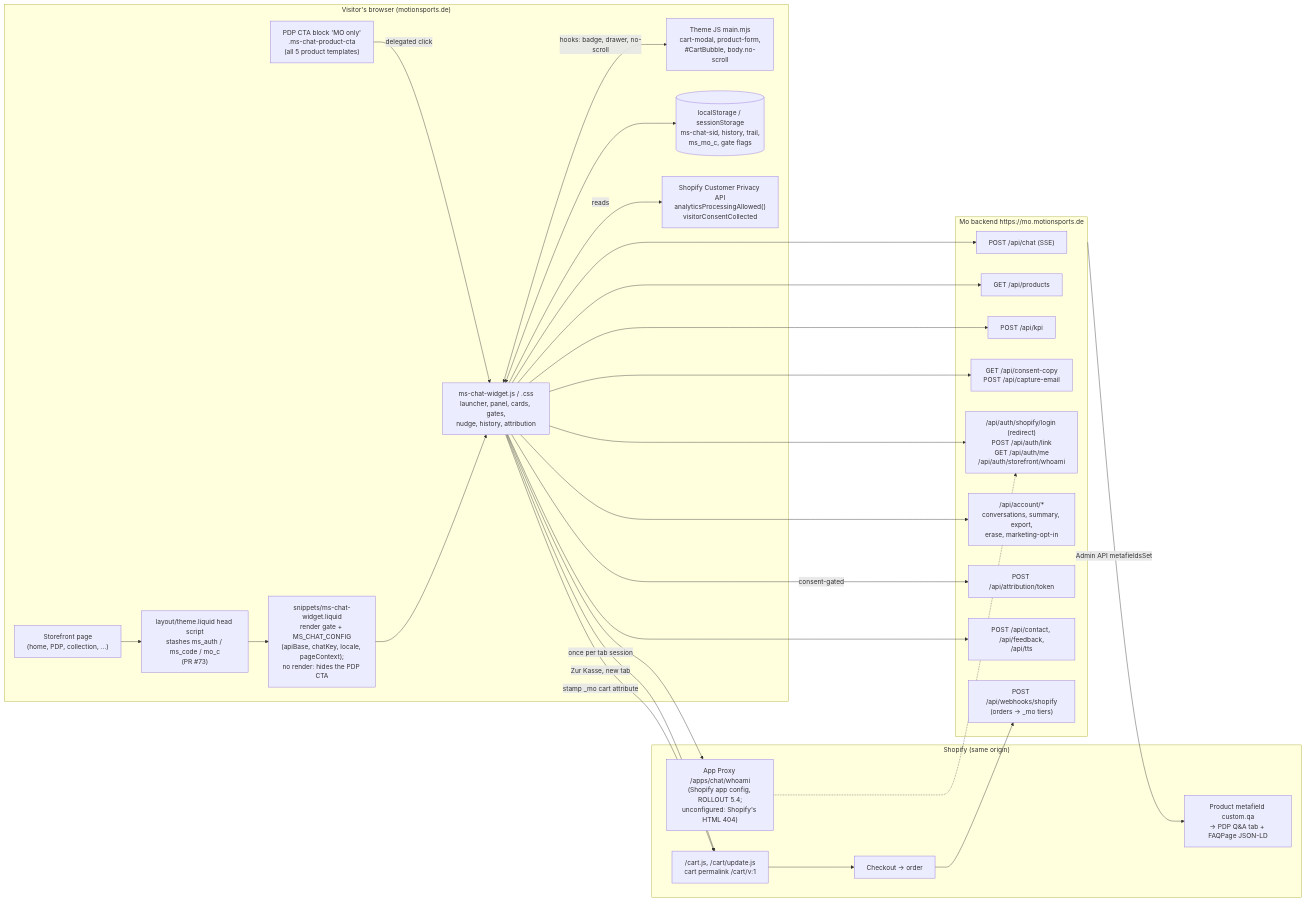
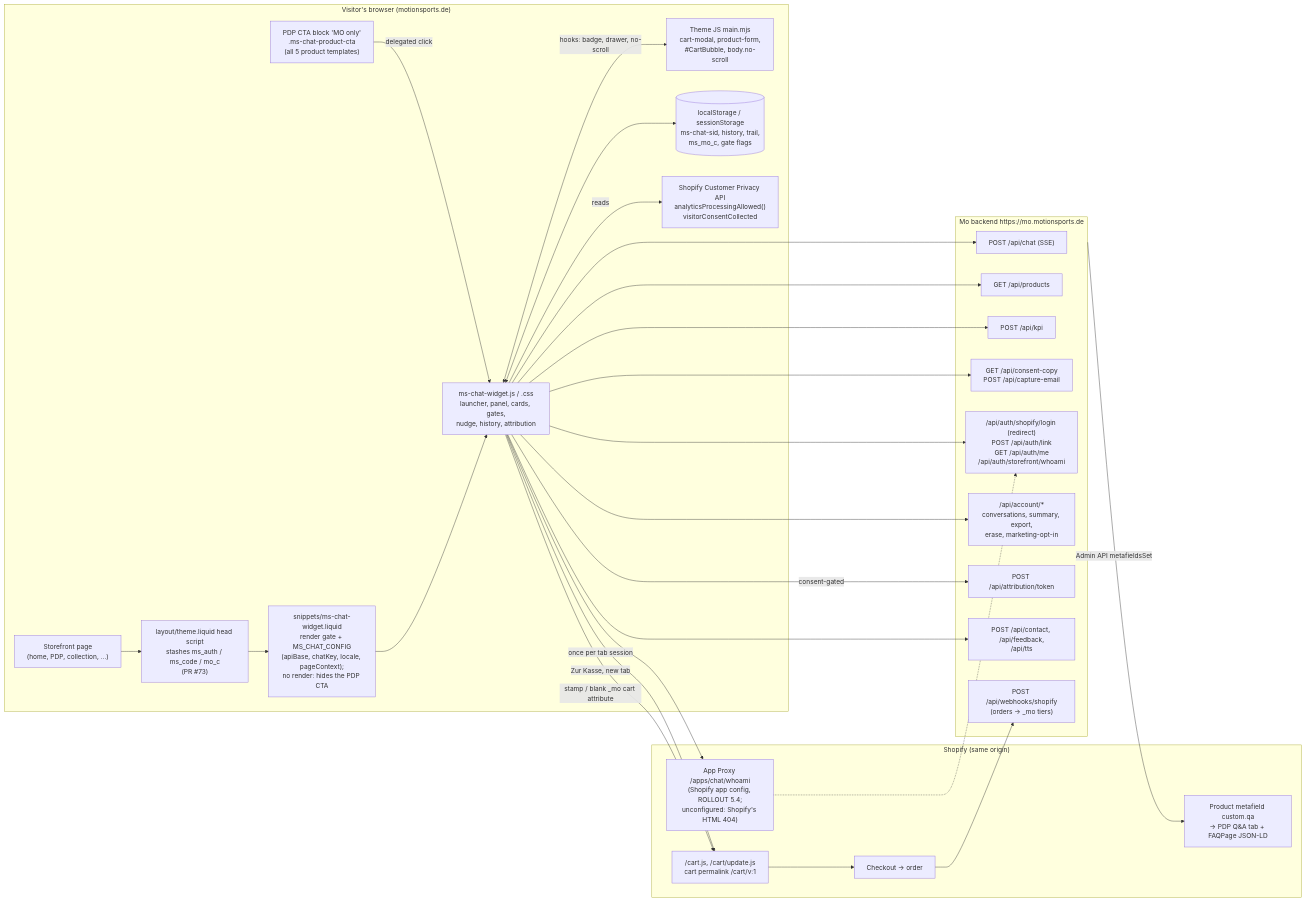
Before and after one commit to 4motionsports-GmbH/mo: the diagram in docs/frontend/README.md, drawn with Mermaid. The commit also changed other lines of this file and 23 other files, not shown here.

````diff
--- a/docs/frontend/README.md
+++ b/docs/frontend/README.md
@@ -110,45 +110,45 @@
 ```mermaid
 flowchart LR
   subgraph Browser["Visitor's browser (motionsports.de)"]
     Page["Storefront page<br/>(home, PDP, collection, …)"]
     Head["layout/theme.liquid head script<br/>stashes ms_auth / ms_code / mo_c<br/>(PR #73)"]
     Snip["snippets/ms-chat-widget.liquid<br/>render gate + MS_CHAT_CONFIG<br/>(apiBase, chatKey, locale, pageContext);<br/>no render: hides the PDP CTA"]
     W["ms-chat-widget.js / .css<br/>launcher, panel, cards, gates,<br/>nudge, history, attribution"]
     CTA["PDP CTA block 'MO only'<br/>.ms-chat-product-cta<br/>(all 5 product templates)"]
     Theme["Theme JS main.mjs<br/>cart-modal, product-form,<br/>#CartBubble, body.no-scroll"]
     Store[("localStorage / sessionStorage<br/>ms-chat-sid, history, trail,<br/>ms_mo_c, gate flags")]
     CP["Shopify Customer Privacy API<br/>analyticsProcessingAllowed()<br/>visitorConsentCollected"]
   end
 
   subgraph Backend["Mo backend https://mo.motionsports.de"]
     Chat["POST /api/chat (SSE)"]
     Prod["GET /api/products"]
     KPI["POST /api/kpi"]
     Consent["GET /api/consent-copy<br/>POST /api/capture-email"]
     Auth["/api/auth/shopify/login (redirect)<br/>POST /api/auth/link<br/>GET /api/auth/me<br/>/api/auth/storefront/whoami"]
     Acct["/api/account/*<br/>conversations, summary, export,<br/>erase, marketing-opt-in"]
     Attr["POST /api/attribution/token"]
     Misc["POST /api/contact, /api/feedback,<br/>/api/tts"]
     WH["POST /api/webhooks/shopify<br/>(orders → _mo tiers)"]
   end
 
   subgraph Shopify["Shopify (same origin)"]
     Cart["/cart.js, /cart/update.js<br/>cart permalink /cart/v:1"]
     Proxy["App Proxy /apps/chat/whoami<br/>(Shopify app config, ROLLOUT 5.4;<br/>unconfigured: Shopify's HTML 404)"]
     Checkout["Checkout → order"]
     Meta["Product metafield custom.qa<br/>→ PDP Q&A tab + FAQPage JSON-LD"]
   end
 
   Page --> Head --> Snip --> W
   CTA -->|delegated click| W
   W <--> Store
   W -->|reads| CP
   W <-->|"hooks: badge, drawer, no-scroll"| Theme
   W --> Chat & Prod & KPI & Consent & Auth & Acct & Misc
   W -->|consent-gated| Attr
-  W -->|"stamp _mo cart attribute"| Cart
+  W -->|"stamp / blank _mo cart attribute"| Cart
   W -->|"Zur Kasse, new tab"| Cart
   W -->|"once per tab session"| Proxy -.-> Auth
   Cart --> Checkout --> WH
   Backend -->|"Admin API metafieldsSet"| Meta
 ```
````
